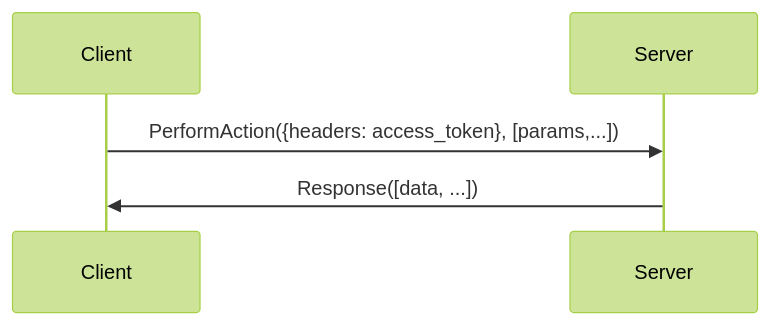
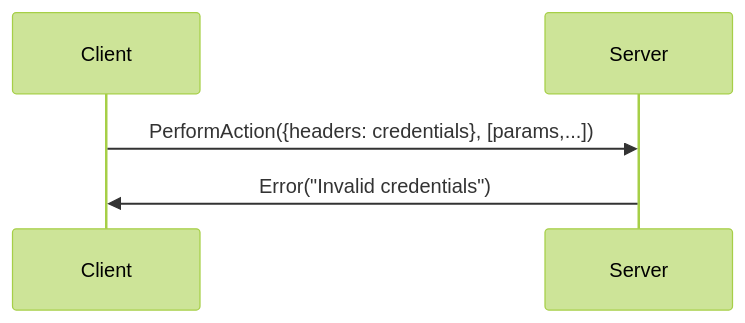
Before and after one commit to adimian/kova: the sixth of 8 diagrams in kova/authentication/docs.md, drawn with Mermaid (forest theme). The commit also changed other lines of this file and 1 other file, not shown here.

````diff
--- a/kova/authentication/docs.md
+++ b/kova/authentication/docs.md
@@ -97,5 +52,5 @@
 ```mermaid
 sequenceDiagram
-    Client ->> Server: PerformAction({headers: access_token}, [params,...])
-    Server ->> Client: Response([data, ...])
+    Client ->> Server: PerformAction({headers: credentials}, [params,...])
+    Server ->> Client: Error("Invalid credentials")
 ```
````
